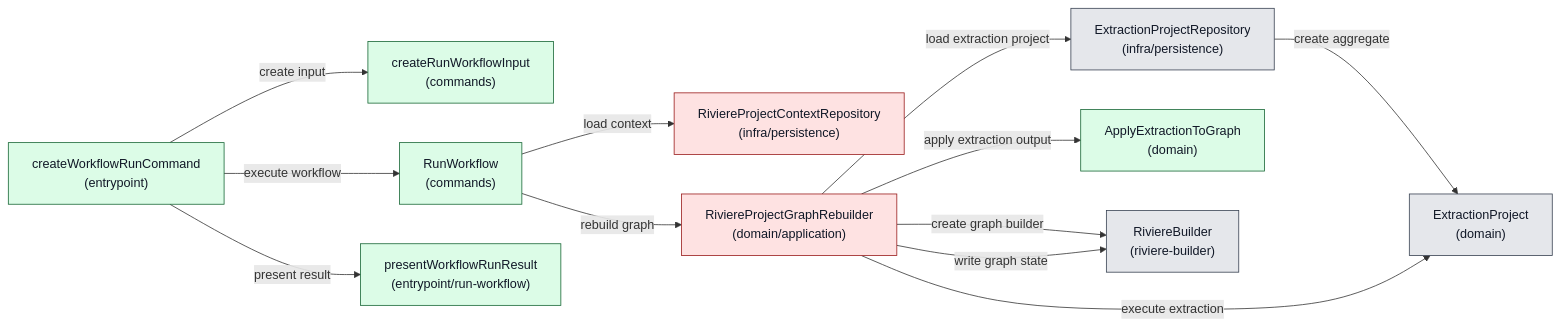
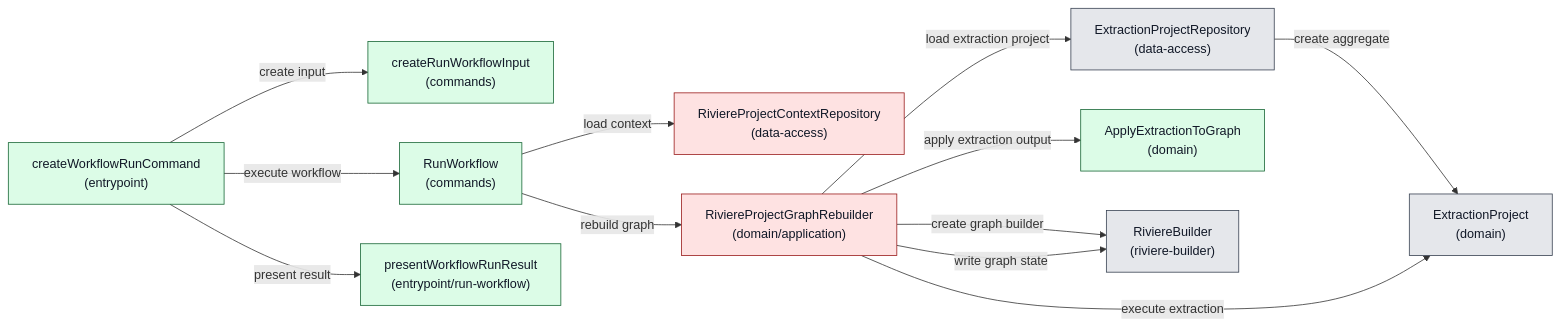
One commit to NTCoding/living-architecture changed the fourth of 5 diagrams in docs/project/PRD/riviere-extraction-workflows-v1/ARCH.md. Above: the diagram before and after it, drawn with Mermaid. The commit also changed other lines of this file and 334 other files, not shown here.

Commit message:
refactor: enforce declarative architecture locations

````diff
--- a/docs/project/PRD/riviere-extraction-workflows-v1/ARCH.md
+++ b/docs/project/PRD/riviere-extraction-workflows-v1/ARCH.md
@@ -652,40 +652,40 @@
 ```mermaid
 flowchart LR
   entrypoint["createWorkflowRunCommand<br/>(entrypoint)"]
   inputFactory["createRunWorkflowInput<br/>(commands)"]
   useCase["RunWorkflow<br/>(commands)"]
-  contextRepository["RiviereProjectContextRepository<br/>(infra/persistence)"]
-  extractionRepository["ExtractionProjectRepository<br/>(infra/persistence)"]
+  contextRepository["RiviereProjectContextRepository<br/>(data-access)"]
+  extractionRepository["ExtractionProjectRepository<br/>(data-access)"]
   rebuilder["RiviereProjectGraphRebuilder<br/>(domain/application)"]
   extractionProject["ExtractionProject<br/>(domain)"]
   graphApplier["ApplyExtractionToGraph<br/>(domain)"]
   builder["RiviereBuilder<br/>(riviere-builder)"]
   formatter["presentWorkflowRunResult<br/>(entrypoint/run-workflow)"]
 
   entrypoint -->|create input| inputFactory
   entrypoint -->|execute workflow| useCase
   useCase -->|load context| contextRepository
   useCase -->|rebuild graph| rebuilder
   rebuilder -->|load extraction project| extractionRepository
   extractionRepository -->|create aggregate| extractionProject
   rebuilder -->|execute extraction| extractionProject
   rebuilder -->|create graph builder| builder
   rebuilder -->|apply extraction output| graphApplier
   rebuilder -->|write graph state| builder
   entrypoint -->|present result| formatter
 
   classDef statusExisting fill:#e5e7eb,stroke:#374151,color:#111827
   classDef statusChanged fill:#fef3c7,stroke:#92400e,color:#111827
   classDef statusNew fill:#dcfce7,stroke:#166534,color:#111827
   classDef statusRejected fill:#fee2e2,stroke:#991b1b,color:#111827
   class entrypoint statusNew
   class inputFactory statusNew
   class useCase statusNew
   class contextRepository statusRejected
   class extractionRepository statusExisting
   class rebuilder statusRejected
   class extractionProject statusExisting
   class graphApplier statusNew
   class builder statusExisting
   class formatter statusNew
 ```
````
